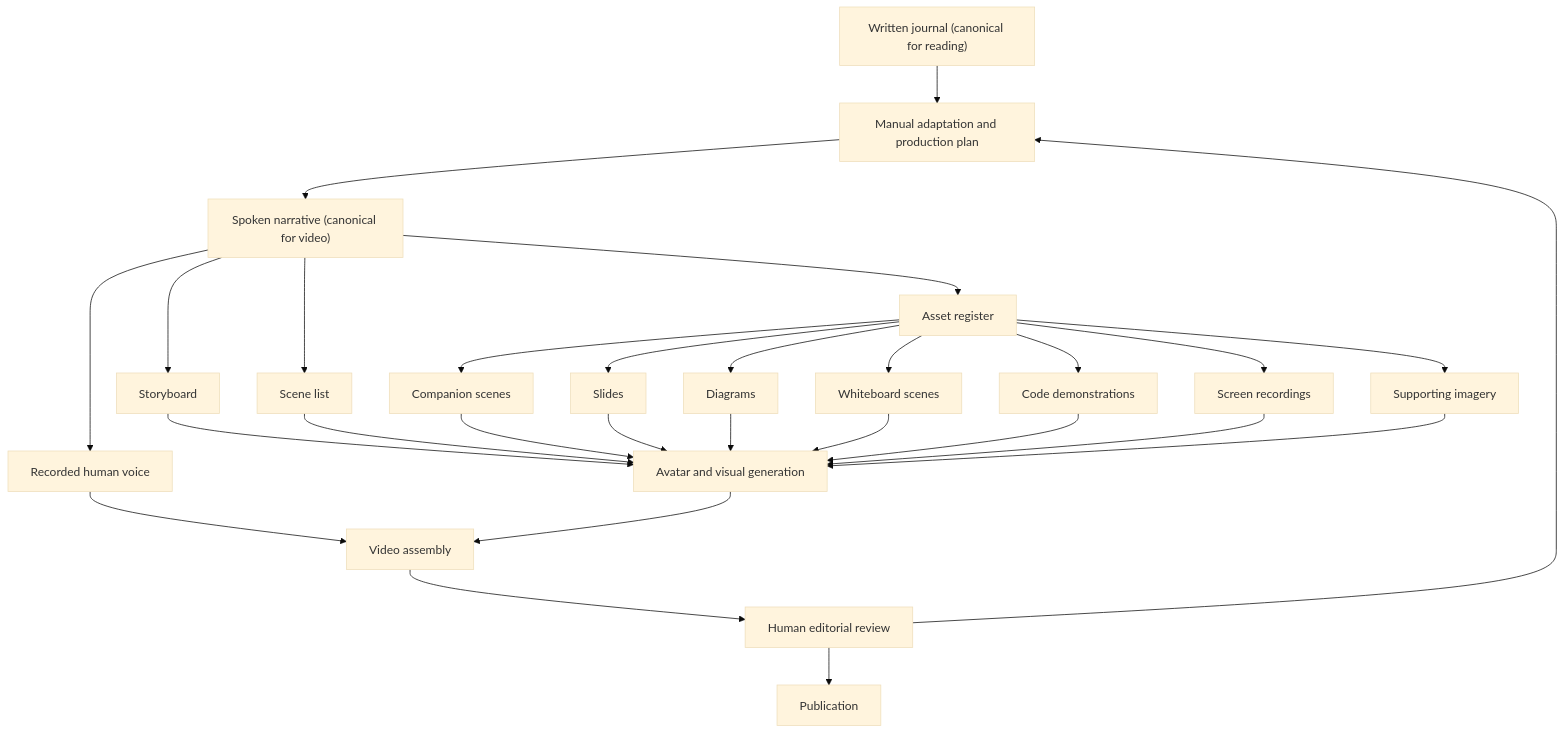
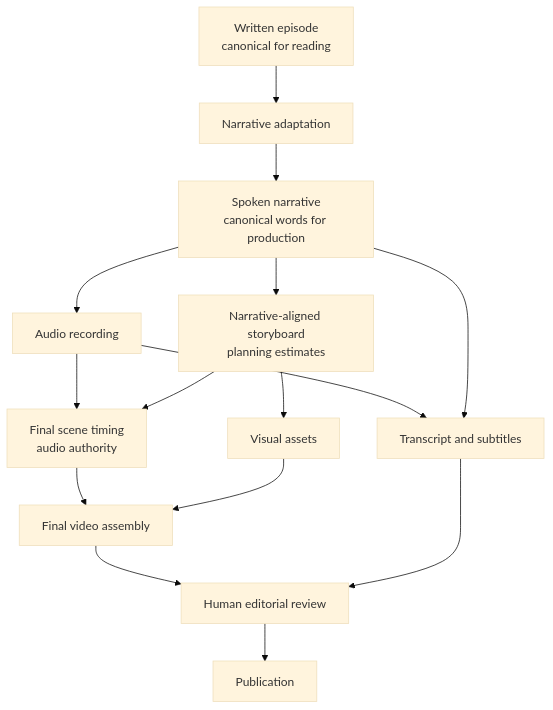
One commit to russelleast/articulate changed the diagram in production/architecture/media-system.md. Above: the diagram before and after it, drawn with Mermaid (base theme). The commit also changed other lines of this file and 77 other files, not shown here.

````diff
--- a/production/architecture/media-system.md
+++ b/production/architecture/media-system.md
@@ -47,30 +47,17 @@
 ```mermaid
 flowchart TD
-    A["Written journal (canonical for reading)"] --> B["Manual adaptation and production plan"]
-    B --> C["Spoken narrative (canonical for video)"]
-    C --> D["Storyboard"]
-    C --> E["Scene list"]
-    C --> F["Asset register"]
-    F --> G["Companion scenes"]
-    F --> H["Slides"]
-    F --> I["Diagrams"]
-    F --> J["Whiteboard scenes"]
-    F --> K["Code demonstrations"]
-    F --> L["Screen recordings"]
-    F --> M["Supporting imagery"]
-    C --> N["Recorded human voice"]
-    D --> O["Avatar and visual generation"]
-    E --> O
-    G --> O
-    H --> O
-    I --> O
-    J --> O
-    K --> O
-    L --> O
-    M --> O
-    N --> P["Video assembly"]
-    O --> P
-    P --> Q["Human editorial review"]
-    Q --> R["Publication"]
-    Q --> B
+    A["Written episode<br/>canonical for reading"] --> B["Narrative adaptation"]
+    B --> C["Spoken narrative<br/>canonical words for production"]
+    C --> D["Audio recording"]
+    C --> E["Narrative-aligned storyboard<br/>planning estimates"]
+    D --> F["Final scene timing<br/>audio authority"]
+    E --> F
+    E --> G["Visual assets"]
+    F --> H["Final video assembly"]
+    G --> H
+    D --> I["Transcript and subtitles"]
+    C --> I
+    H --> J["Human editorial review"]
+    I --> J
+    J --> K["Publication"]
 ```
````
